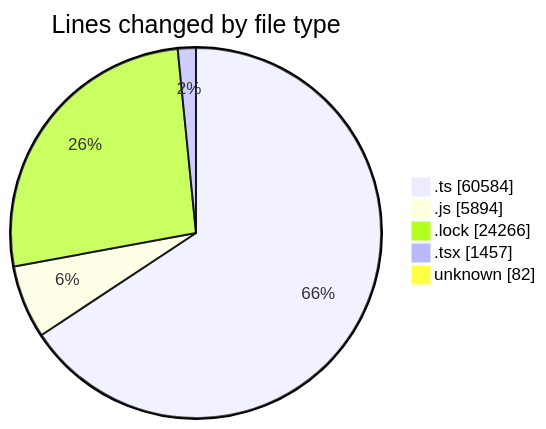
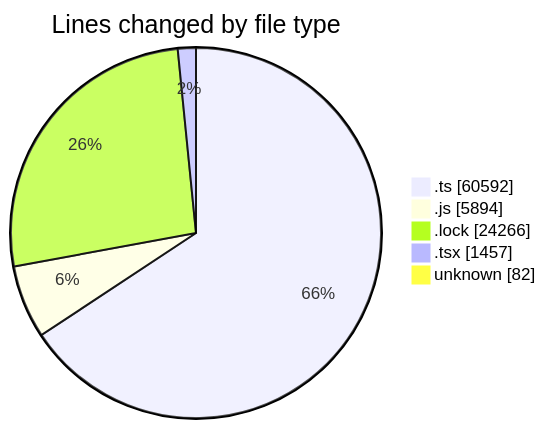
Before and after one commit to momahboobian/code-tracking: the first of 2 diagrams in 2025-08-14/cda/README.md, drawn with Mermaid. The commit also changed other lines of this file and 1 other file, not shown here.

````diff
--- a/2025-08-14/cda/README.md
+++ b/2025-08-14/cda/README.md
@@ -38,9 +38,9 @@
 ```mermaid
 pie showData
 title Lines changed by file type
-".ts" : 60584
+".ts" : 60592
 ".js" : 5894
 ".lock" : 24266
 ".tsx" : 1457
 "unknown" : 82
 ```
````
